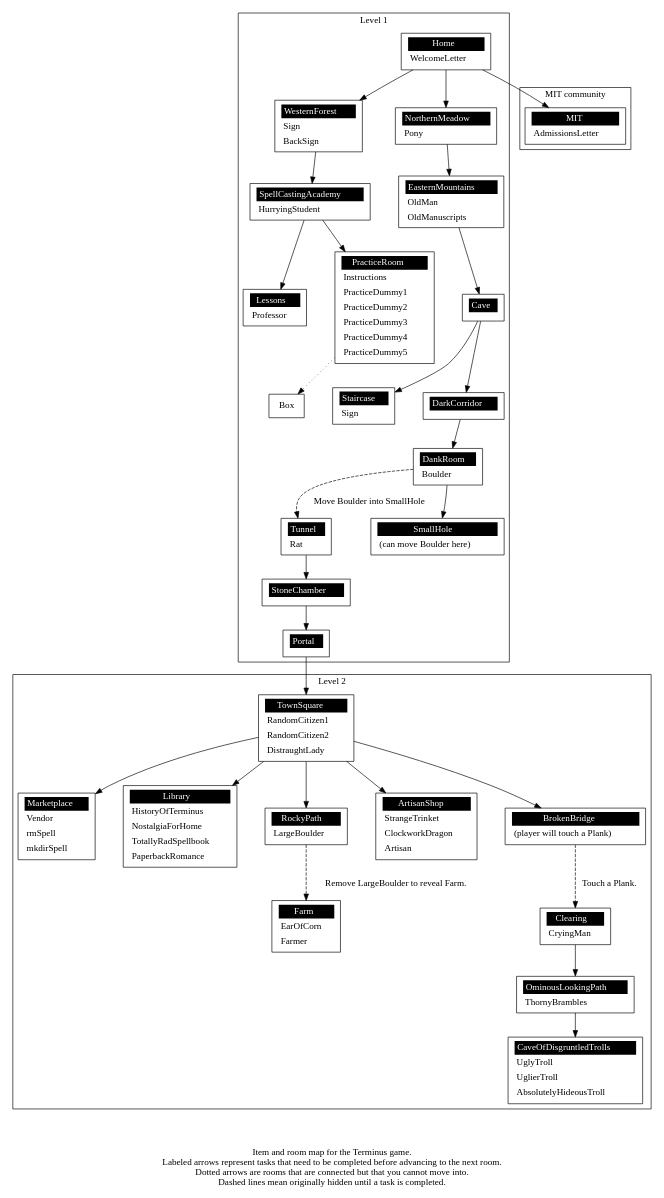
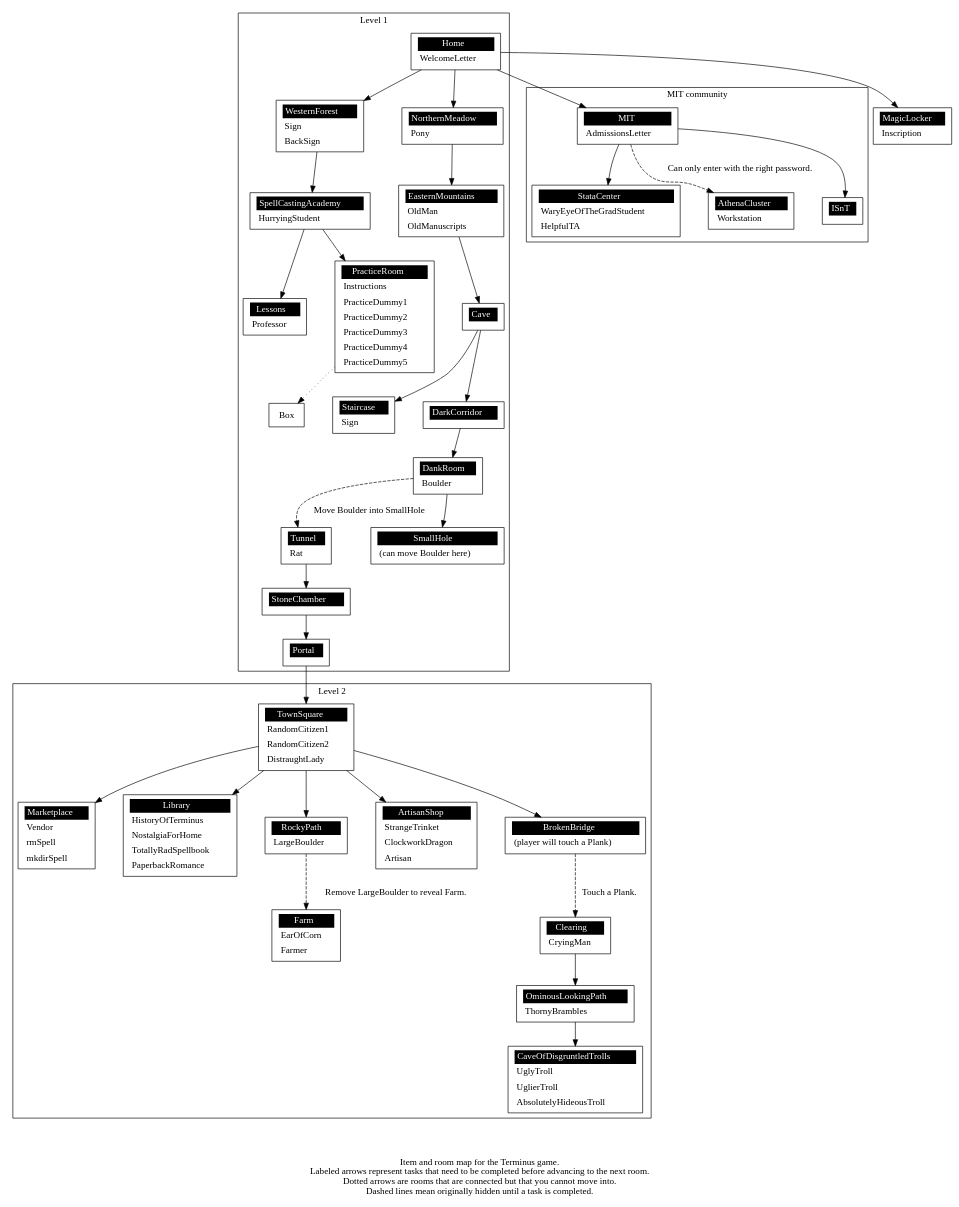
The diagram in docs/level_map.gv (mprat/Terminus), drawn with Graphviz before and after one commit. The commit also changed 5 other files, not shown here.

```diff
--- a/docs/level_map.gv
+++ b/docs/level_map.gv
@@ -183,6 +183,31 @@
 	<tr><td align="left" port="r0">AdmissionsLetter</td></tr>
 	</table>>];
 
+	"StataCenter" [label = 
+	<<table border="0" cellborder="0" cellpadding="3" bgcolor="white"><tr>
+	<td bgcolor="black" align="center" colspan="2"><font color="white">StataCenter</font></td></tr>
+	<tr><td align="left" port="r0">WaryEyeOfTheGradStudent</td></tr>
+	<tr><td align="left" port="r1">HelpfulTA</td></tr>
+	</table>>];
+
+	"AthenaCluster" [label = 
+	<<table border="0" cellborder="0" cellpadding="3" bgcolor="white"><tr>
+	<td bgcolor="black" align="center" colspan="2"><font color="white">AthenaCluster</font></td></tr>
+	<tr><td align="left" port="r0">Workstation</td></tr>
+	</table>>];
+
+	"ISnT" [label = 
+	<<table border="0" cellborder="0" cellpadding="3" bgcolor="white"><tr>
+	<td bgcolor="black" align="center" colspan="2"><font color="white">ISnT</font></td></tr>
+	<tr><td align="left" port="r0"></td></tr>
+	</table>>];
+
+	"MagicLocker" [label = 
+	<<table border="0" cellborder="0" cellpadding="3" bgcolor="white"><tr>
+	<td bgcolor="black" align="center" colspan="2"><font color="white">MagicLocker</font></td></tr>
+	<tr><td align="left" port="r0">Inscription</td></tr>
+	</table>>];
+
 	subgraph cluster_level1{
 		"Home" -> "WesternForest";
 		"Home" -> "NorthernMeadow";
@@ -219,7 +244,12 @@
 	subgraph cluster_mit{
 		label = "MIT community";
 		"Home" -> "MIT";
+		"MIT" -> "StataCenter";
+		"MIT" -> "AthenaCluster" [style="dashed", label="Can only enter with the right password."];
+		"MIT" -> "ISnT";
 	}
+
+	"Home" -> "MagicLocker";
 
 	label = "\n\n\nItem and room map for the Terminus game.\nLabeled arrows represent tasks that need to be completed before advancing to the next room.\nDotted arrows are rooms that are connected but that you cannot move into.\nDashed lines mean originally hidden until a task is completed.";
 }
```
